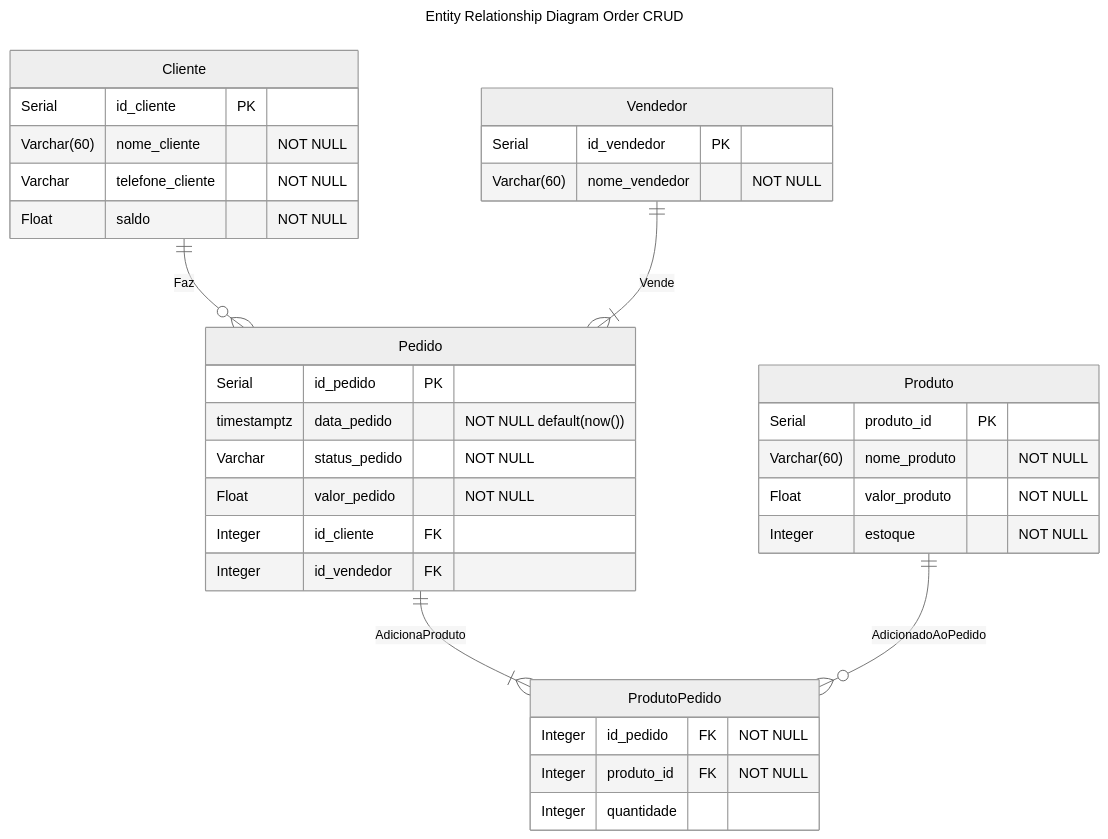
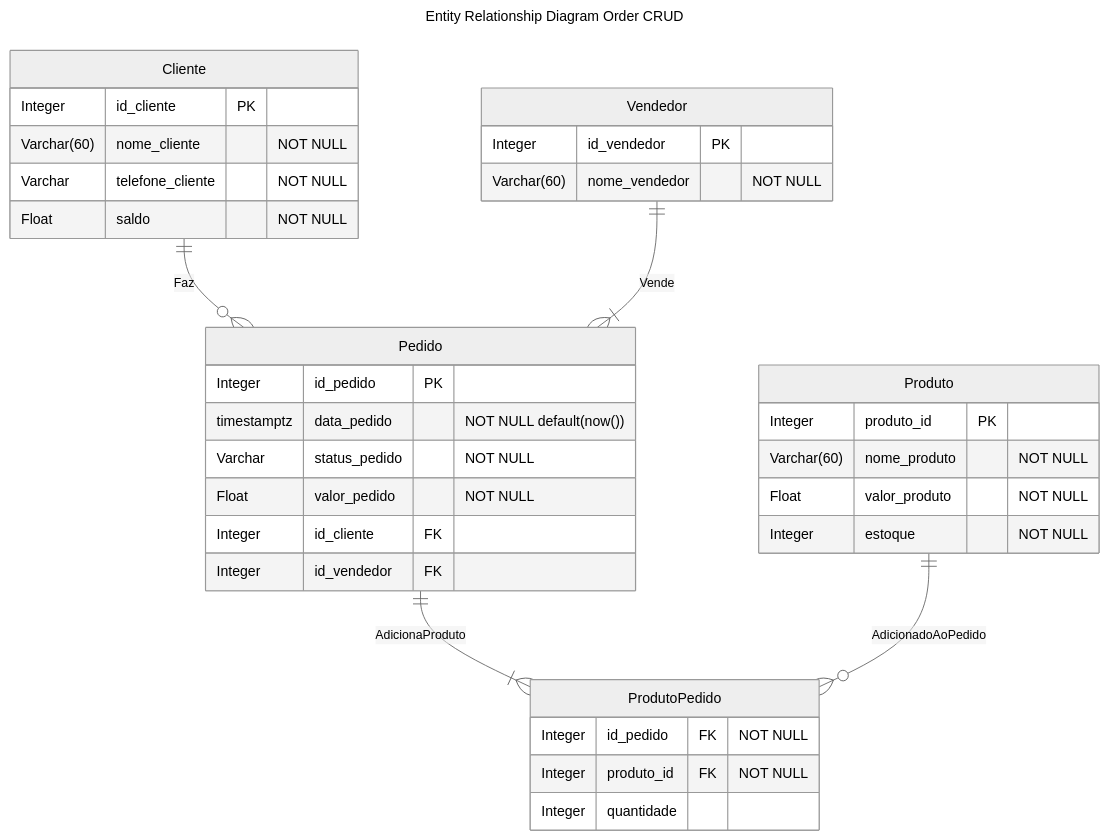
The diagram in diagrams/der.mmd (marianaoliveira-mb/APIGo), drawn with Mermaid (neutral theme) before and after one commit. The commit also changed 2 other files, not shown here.

Commit message:
Criando o sequence diagram

```diff
--- a/diagrams/der.mmd
+++ b/diagrams/der.mmd
@@ -1,42 +1,42 @@
 ---
 title: Entity Relationship Diagram Order CRUD
 ---
 erDiagram
     Cliente{
-        Serial id_cliente PK
+        Integer id_cliente PK
         Varchar(60) nome_cliente "NOT NULL"
         Varchar telefone_cliente "NOT NULL"
         Float saldo "NOT NULL"
     }
 
     Vendedor{
-        Serial id_vendedor PK
+        Integer id_vendedor PK
         Varchar(60) nome_vendedor "NOT NULL"
     }
 
     Pedido{
-        Serial id_pedido PK
+        Integer id_pedido PK
         timestamptz data_pedido "NOT NULL default(now())"
         Varchar status_pedido "NOT NULL"
         Float valor_pedido "NOT NULL"
         Integer id_cliente FK
         Integer id_vendedor FK 
     }
 
     Produto{
-        Serial produto_id PK
+        Integer produto_id PK
         Varchar(60) nome_produto "NOT NULL"
         Float valor_produto "NOT NULL"
         Integer estoque "NOT NULL"
     }
 
     ProdutoPedido{
         Integer id_pedido FK "NOT NULL"
         Integer produto_id FK "NOT NULL"
         Integer quantidade
     }
 
     Cliente ||--o{ Pedido : Faz
     Vendedor ||--|{ Pedido : Vende
     Pedido ||--|{ ProdutoPedido : AdicionaProduto
     Produto ||--o{ ProdutoPedido : AdicionadoAoPedido
```
